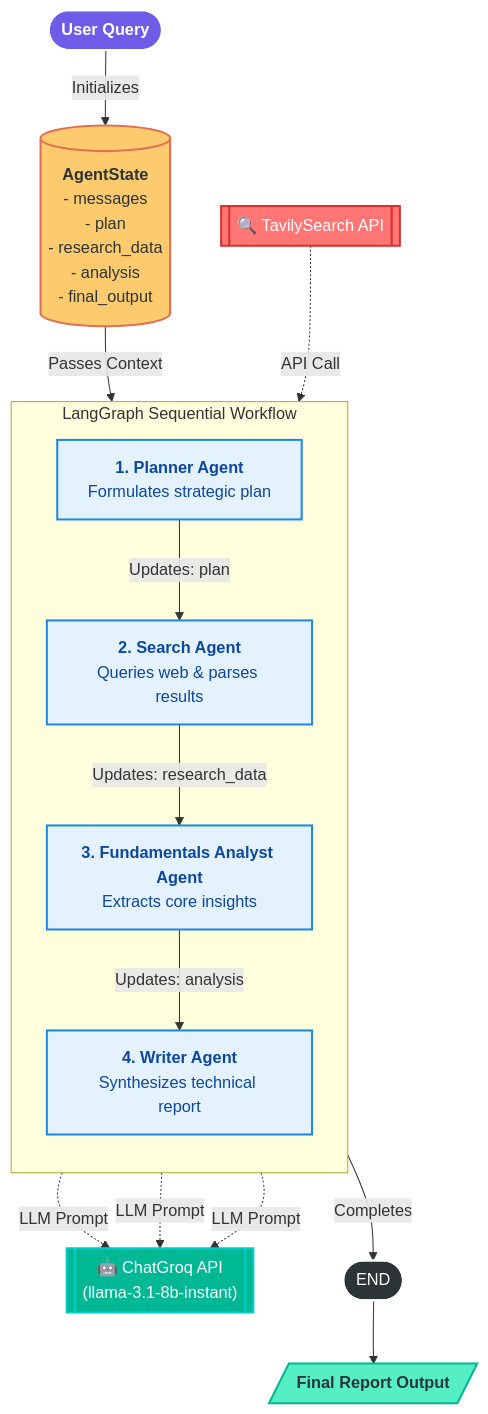
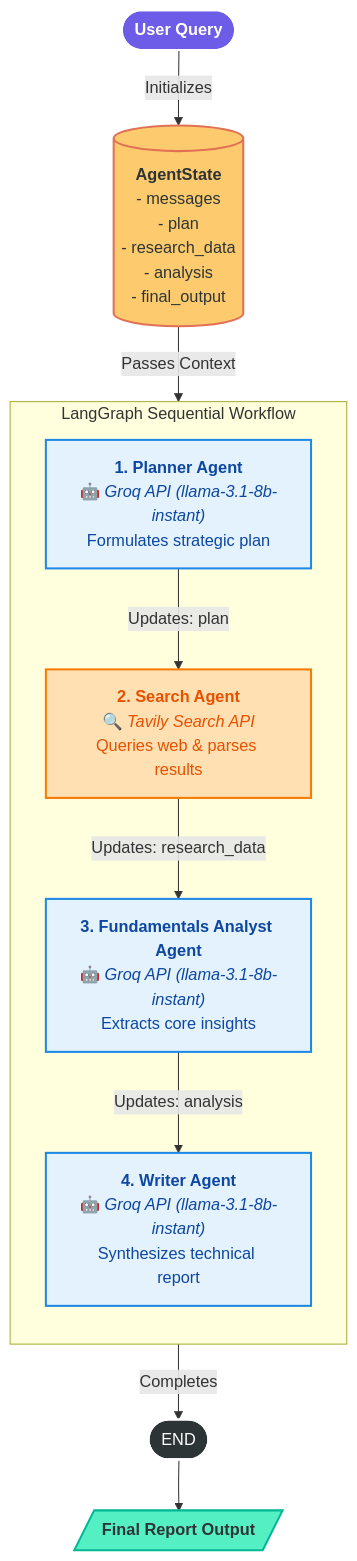
The diagram in README.md (AashleshaS/JAVASCRIPT_LAB), drawn with Mermaid before and after one commit.

````diff
--- a/README.md
+++ b/README.md
@@ -1,43 +1,30 @@
 ```mermaid
 graph TD
     User([<b>User Query</b>]):::userClass -->|Initializes| State[(<b>AgentState</b><br/>- messages<br/>- plan<br/>- research_data<br/>- analysis<br/>- final_output)]:::stateClass
-
-    %% Tool Definitions (Kept outside to allow side placement)
-    TavilyTool[["🔍 TavilySearch API"]]:::toolClass
-    GroqLLM[["🤖 ChatGroq API<br/>(llama-3.1-8b-instant)"]]:::llmClass
 
     State -->|Passes Context| Planner
 
     subgraph LangGraph ["LangGraph Sequential Workflow"]
         direction TB
         
-        Planner["<b>1. Planner Agent</b><br/>Formulates strategic plan"]:::agentClass
-        SearchAgent["<b>2. Search Agent</b><br/>Queries web & parses results"]:::agentClass
-        Analyst["<b>3. Fundamentals Analyst Agent</b><br/>Extracts core insights"]:::agentClass
-        Writer["<b>4. Writer Agent</b><br/>Synthesizes technical report"]:::agentClass
+        Planner["<b>1. Planner Agent</b><br/>🤖 <i>Groq API (llama-3.1-8b-instant)</i><br/>Formulates strategic plan"]:::groqAgentClass
+        SearchAgent["<b>2. Search Agent</b><br/>🔍 <i>Tavily Search API</i><br/>Queries web & parses results"]:::tavilyAgentClass
+        Analyst["<b>3. Fundamentals Analyst Agent</b><br/>🤖 <i>Groq API (llama-3.1-8b-instant)</i><br/>Extracts core insights"]:::groqAgentClass
+        Writer["<b>4. Writer Agent</b><br/>🤖 <i>Groq API (llama-3.1-8b-instant)</i><br/>Synthesizes technical report"]:::groqAgentClass
 
         Planner -->|Updates: plan| SearchAgent
         SearchAgent -->|Updates: research_data| Analyst
         Analyst -->|Updates: analysis| Writer
     end
 
-    %% Lateral Tool Connections (Forces Left/Right layout)
-    TavilyTool -.->|API Call| SearchAgent
-    
-    Planner -.->|LLM Prompt| GroqLLM
-    Analyst -.->|LLM Prompt| GroqLLM
-    Writer -.->|LLM Prompt| GroqLLM
-
-    %% Output Flow
     Writer -->|Completes| END([END]):::endClass
     END --> FinalReport[/<b>Final Report Output</b>/]:::outputClass
 
     %% Modern Color Styling
     classDef userClass fill:#6c5ce7,stroke:#fff,stroke-width:2px,color:#fff;
     classDef stateClass fill:#fdcb6e,stroke:#e17055,stroke-width:2px,color:#2d3436;
-    classDef agentClass fill:#e3f2fd,stroke:#1e88e5,stroke-width:2px,color:#0d47a1;
-    classDef llmClass fill:#00b894,stroke:#00cec9,stroke-width:2px,color:#fff;
-    classDef toolClass fill:#ff7675,stroke:#d63031,stroke-width:2px,color:#fff;
+    classDef groqAgentClass fill:#e3f2fd,stroke:#1e88e5,stroke-width:2px,color:#0d47a1;
+    classDef tavilyAgentClass fill:#ffe0b2,stroke:#f57c00,stroke-width:2px,color:#e65100;
     classDef endClass fill:#2d3436,stroke:#fff,stroke-width:2px,color:#fff;
     classDef outputClass fill:#55efc4,stroke:#00b894,stroke-width:2px,color:#2d3436;
 ```
````
